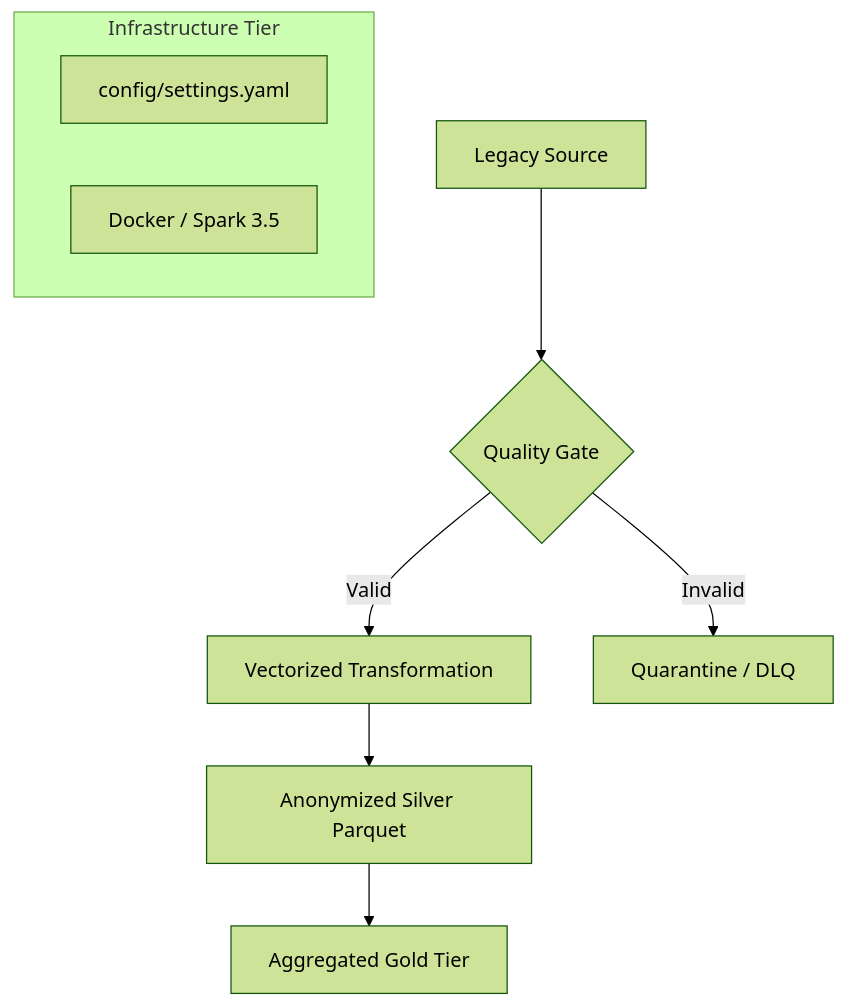
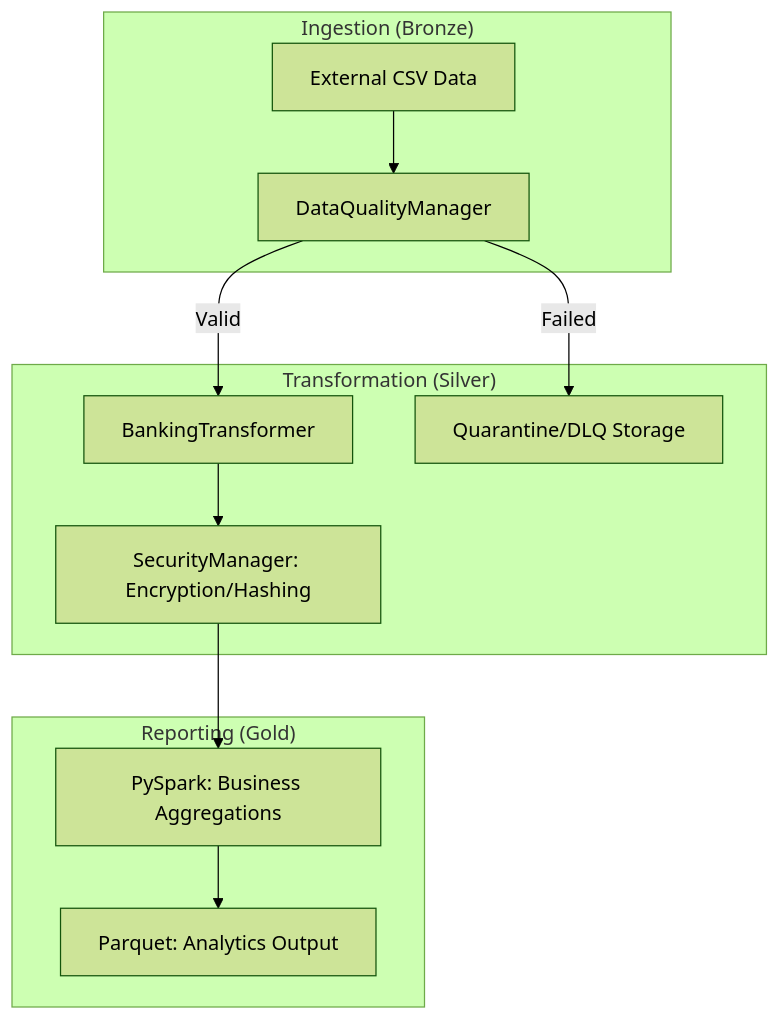
One commit to vaskiax/banking-migration-mock changed the diagram in README.md. Above: the diagram before and after it, drawn with Mermaid (forest theme). The commit also changed other lines of this file and 16 other files, not shown here.

````diff
--- a/README.md
+++ b/README.md
@@ -15,13 +13,17 @@
 ```mermaid
 graph TD
-    A[Legacy Source] --> B{Quality Gate}
-    B -- "Valid" --> C[Vectorized Transformation]
-    B -- "Invalid" --> D[Quarantine / DLQ]
-    C --> E[Anonymized Silver Parquet]
-    E --> F[Aggregated Gold Tier]
+    subgraph "Ingestion (Bronze)"
+        A[External CSV Data] --> B[DataQualityManager]
+    end
     
-    subgraph "Infrastructure Tier"
-        G[config/settings.yaml]
-        H[Docker / Spark 3.5]
+    subgraph "Transformation (Silver)"
+        B -- Valid --> C[BankingTransformer]
+        B -- Failed --> Q[Quarantine/DLQ Storage]
+        C --> D[SecurityManager: Encryption/Hashing]
+    end
+    
+    subgraph "Reporting (Gold)"
+        D --> E[PySpark: Business Aggregations]
+        E --> F[Parquet: Analytics Output]
     end
 ```
````
